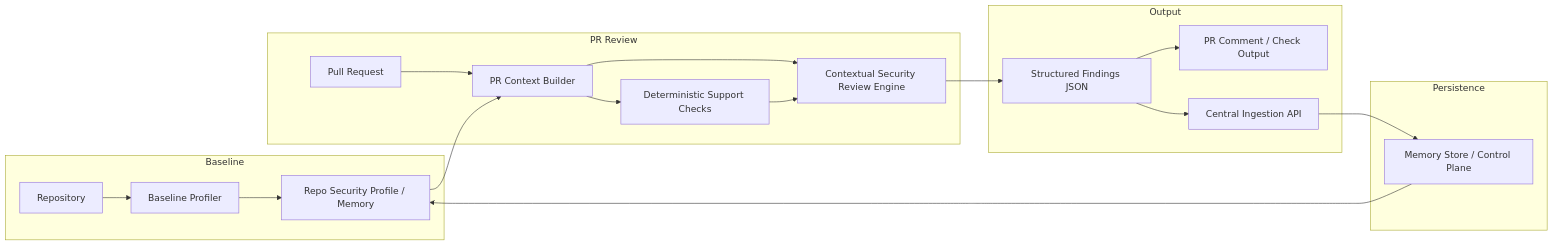
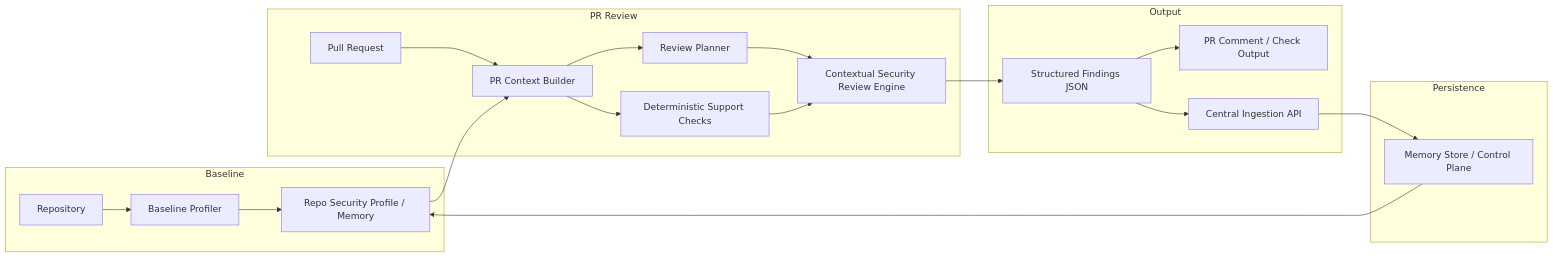
One commit to zdkano/parity-zero changed the diagram in .squad/context/architecture.md. Above: the diagram before and after it, drawn with Mermaid. The commit also changed other lines of this file and 1 other file, not shown here.

First line of the commit message:
Add ADR-021 to decisions.md and update architecture.md for planner layer

````diff
--- a/.squad/context/architecture.md
+++ b/.squad/context/architecture.md
@@ -209,26 +228,27 @@
 ```mermaid id="arch-v2"
 flowchart LR
     subgraph Baseline
         R[Repository] --> BP[Baseline Profiler]
         BP --> RSP[Repo Security Profile / Memory]
     end
 
     subgraph PR_Review[PR Review]
         PR[Pull Request] --> PCB[PR Context Builder]
         RSP --> PCB
-        PCB --> CRE[Contextual Security Review Engine]
+        PCB --> RP[Review Planner]
+        RP --> CRE[Contextual Security Review Engine]
         PCB --> DSC[Deterministic Support Checks]
         DSC --> CRE
     end
 
     subgraph Output
         CRE --> SFJ[Structured Findings JSON]
         SFJ --> PRO[PR Comment / Check Output]
         SFJ --> ING[Central Ingestion API]
     end
 
     subgraph Persistence
         ING --> MS[Memory Store / Control Plane]
         MS --> RSP
     end
 ```
````
